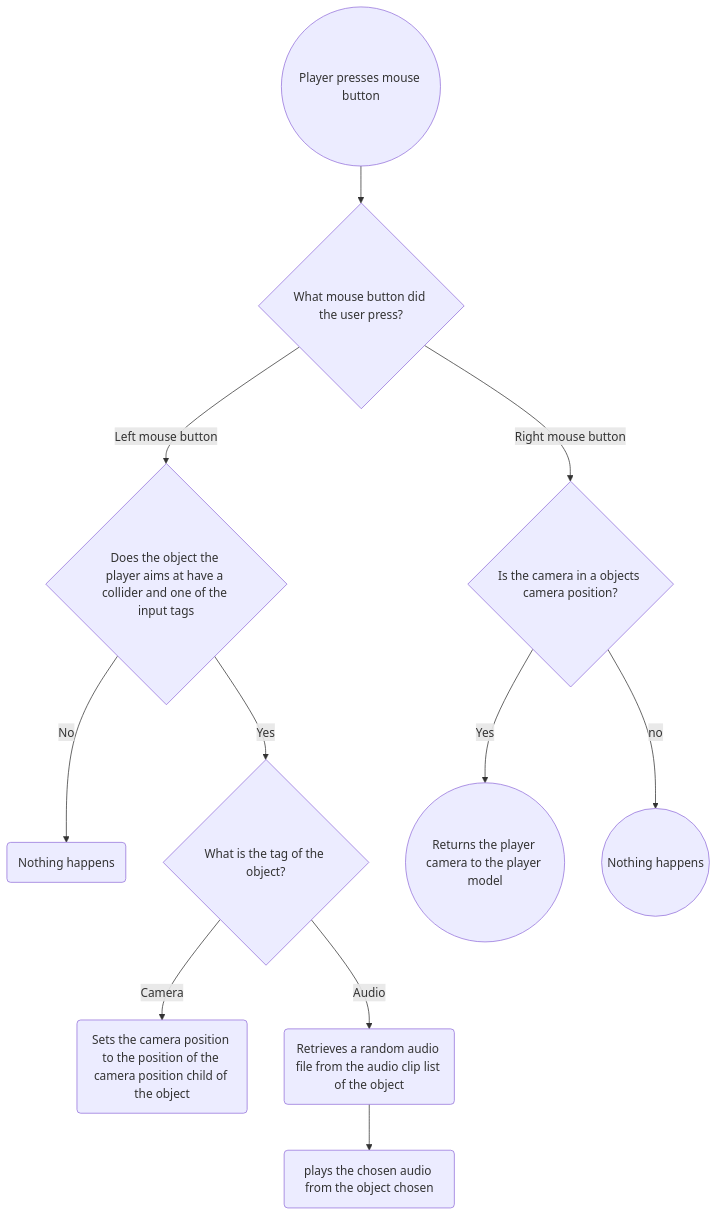
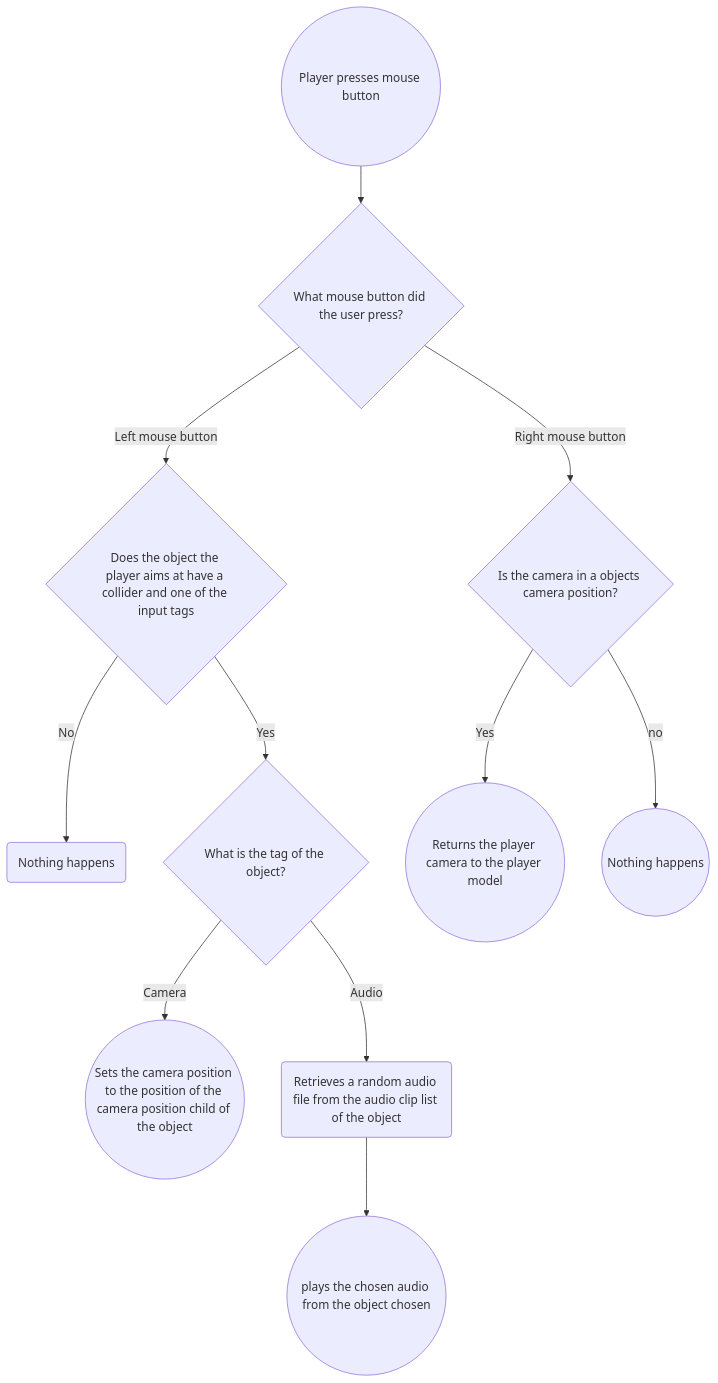
One commit to T3rabyte/Examen changed the third of 3 diagrams in README.md. Above: the diagram before and after it, drawn with Mermaid.

````diff
--- a/README.md
+++ b/README.md
@@ -73,13 +73,13 @@
 ```mermaid
 graph TD;
     start((Player presses mouse button)) --> buttonType{What mouse button did the user press?}
     buttonType --> |Left mouse button| check{Does the object the player aims at have a collider and one of the input tags};
     check --> |No| nothing(Nothing happens);
     check --> |Yes| type{What is the tag of the object?};
-    type --> |Camera| camera(Sets the camera position to the position of the camera position child of the object);
+    type --> |Camera| camera((Sets the camera position to the position of the camera position child of the object));
     type --> |Audio| audio(Retrieves a random audio file from the audio clip list of the object);
-    audio --> playAudio(plays the chosen audio from the object chosen);
+    audio --> playAudio((plays the chosen audio from the object chosen));
     buttonType --> |Right mouse button| checkInObject{Is the camera in a objects camera position?};
     checkInObject --> |Yes| returnCam((Returns the player camera to the player model));
     checkInObject --> |no| nothingCam((Nothing happens));
 ```
````
